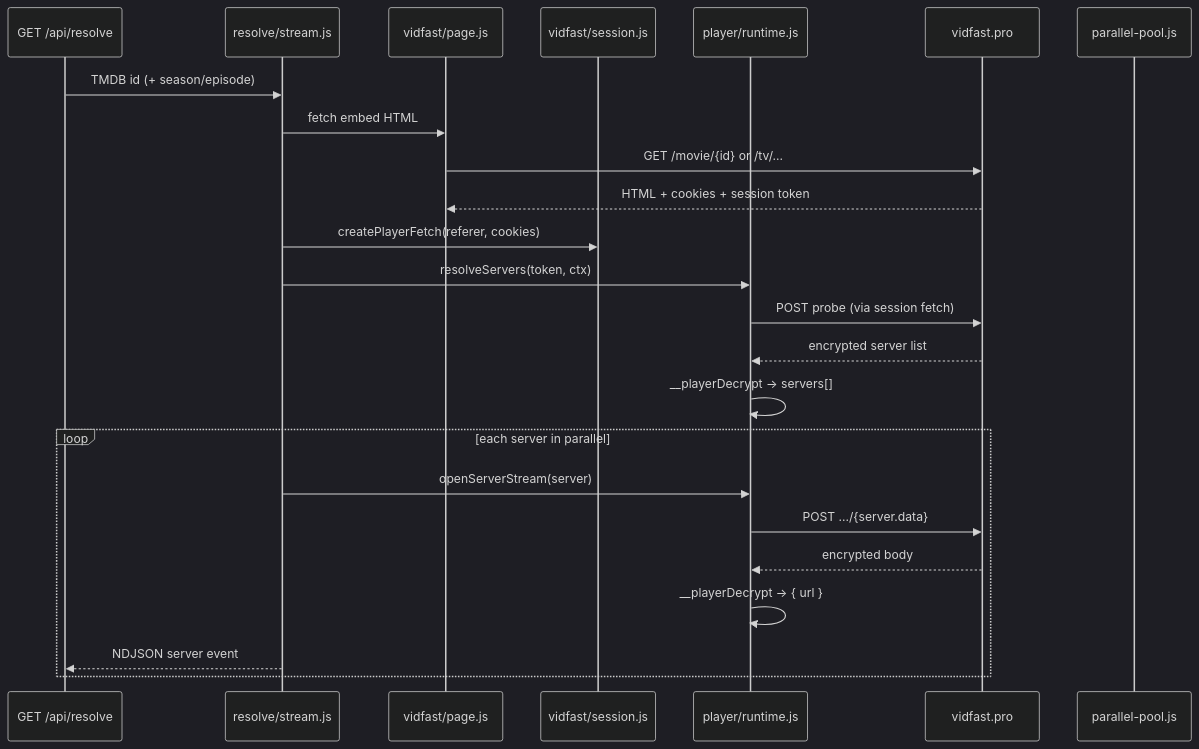
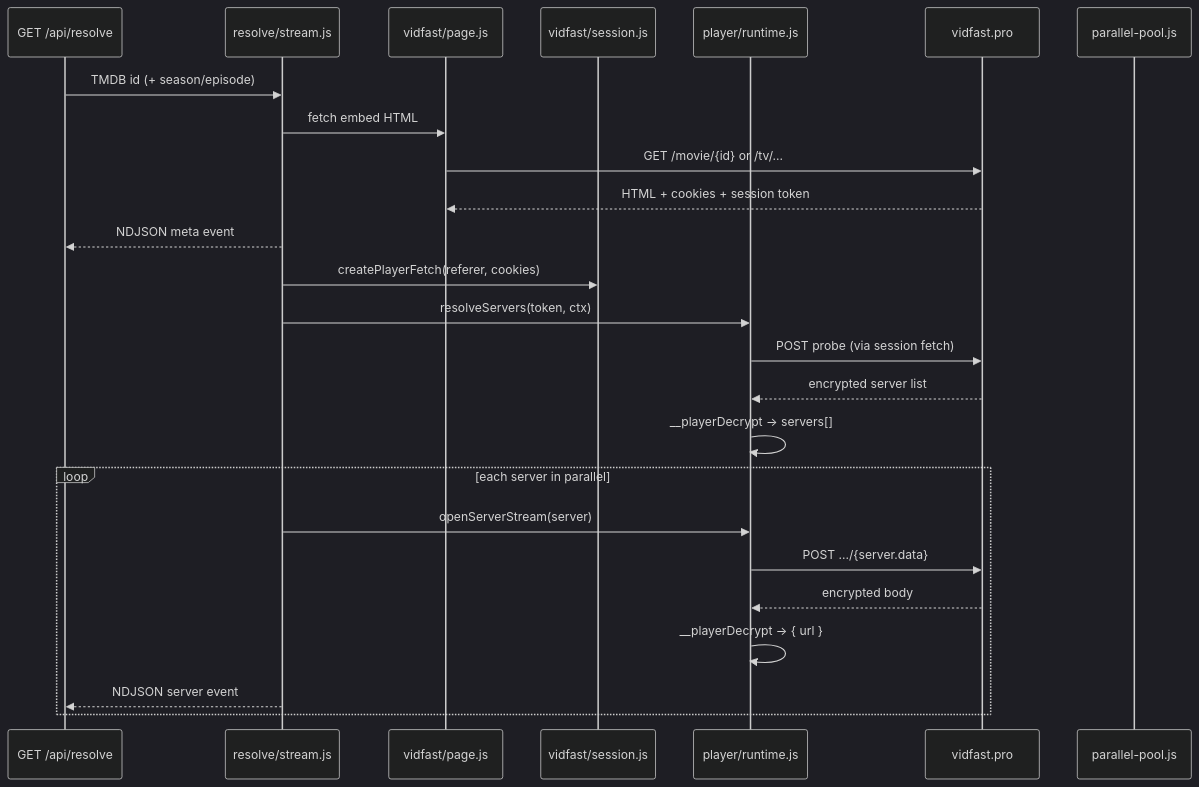
The first of 2 diagrams in README.md (sharoon7171/vidfast-pro-stream-resolver), drawn with Mermaid (dark theme) before and after one commit. The commit also changed other lines of this file and 13 other files, not shown here.

Commit message:
add DASH playback and sniff API, emit meta before VM resolve, stream NDJSON with TCP_NODELAY, and refresh web UI and README

````diff
--- a/README.md
+++ b/README.md
@@ -19,27 +21,28 @@
 ```mermaid
 sequenceDiagram
   participant API as GET /api/resolve
   participant R as resolve/stream.js
   participant P as vidfast/page.js
   participant S as vidfast/session.js
   participant VM as player/runtime.js
   participant VF as vidfast.pro
   participant PO as parallel-pool.js
 
   API->>R: TMDB id (+ season/episode)
   R->>P: fetch embed HTML
   P->>VF: GET /movie/{id} or /tv/…
   VF-->>P: HTML + cookies + session token
+  R-->>API: NDJSON meta event
   R->>S: createPlayerFetch(referer, cookies)
   R->>VM: resolveServers(token, ctx)
   VM->>VF: POST probe (via session fetch)
   VF-->>VM: encrypted server list
   VM->>VM: __playerDecrypt → servers[]
   loop each server in parallel
     R->>VM: openServerStream(server)
     VM->>VF: POST …/{server.data}
     VF-->>VM: encrypted body
     VM->>VM: __playerDecrypt → { url }
     R-->>API: NDJSON server event
   end
 ```
````
